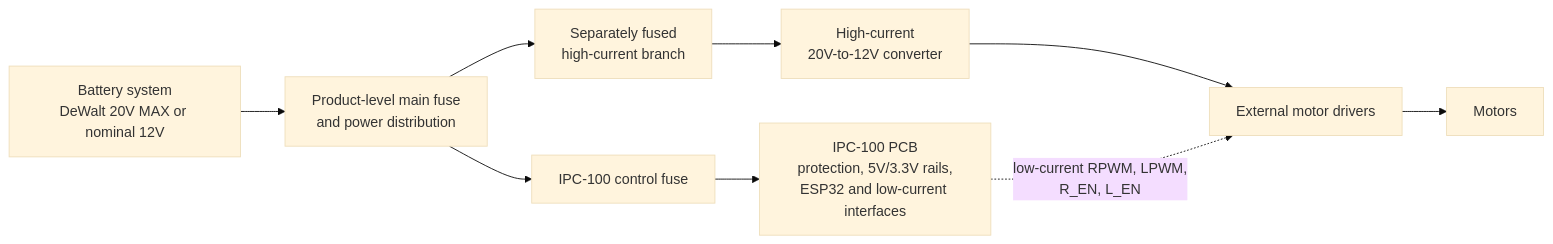
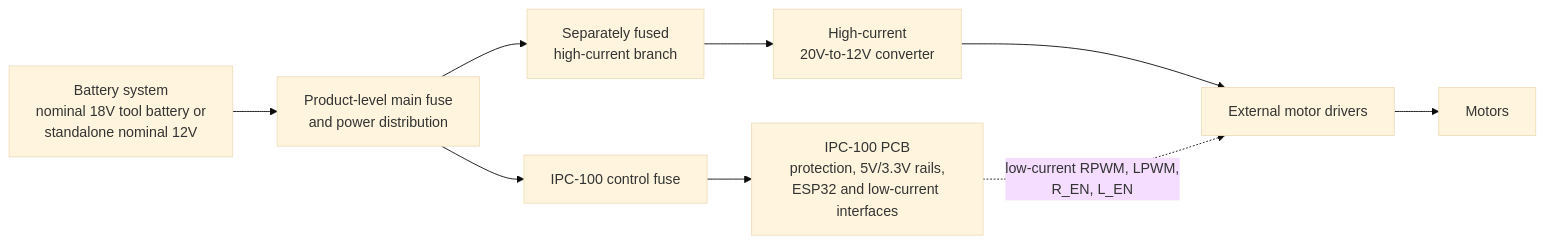
One commit to IronPineOutdoors/IPC-100 changed the first of 2 diagrams in docs/architecture/System_Architecture.md. Above: the diagram before and after it, drawn with Mermaid (base theme). The commit also changed other lines of this file and 9 other files, not shown here.

````diff
--- a/docs/architecture/System_Architecture.md
+++ b/docs/architecture/System_Architecture.md
@@ -63,20 +63,20 @@
 ```mermaid
 flowchart LR
-    BAT["Battery system<br/>DeWalt 20V MAX or nominal 12V"]
+    BAT["Battery system<br/>nominal 18V tool battery or<br/>standalone nominal 12V"]
     PDF["Product-level main fuse<br/>and power distribution"]
     CF["IPC-100 control fuse"]
     IPC["IPC-100 PCB<br/>protection, 5V/3.3V rails,<br/>ESP32 and low-current interfaces"]
     HCF["Separately fused<br/>high-current branch"]
     CONV["High-current<br/>20V-to-12V converter"]
     MD["External motor drivers"]
     MOT["Motors"]
 
     BAT --> PDF
     PDF --> CF
     CF --> IPC
     PDF --> HCF
     HCF --> CONV
     CONV --> MD
     MD --> MOT
     IPC -. "low-current RPWM, LPWM,<br/>R_EN, L_EN" .-> MD
 ```
````
